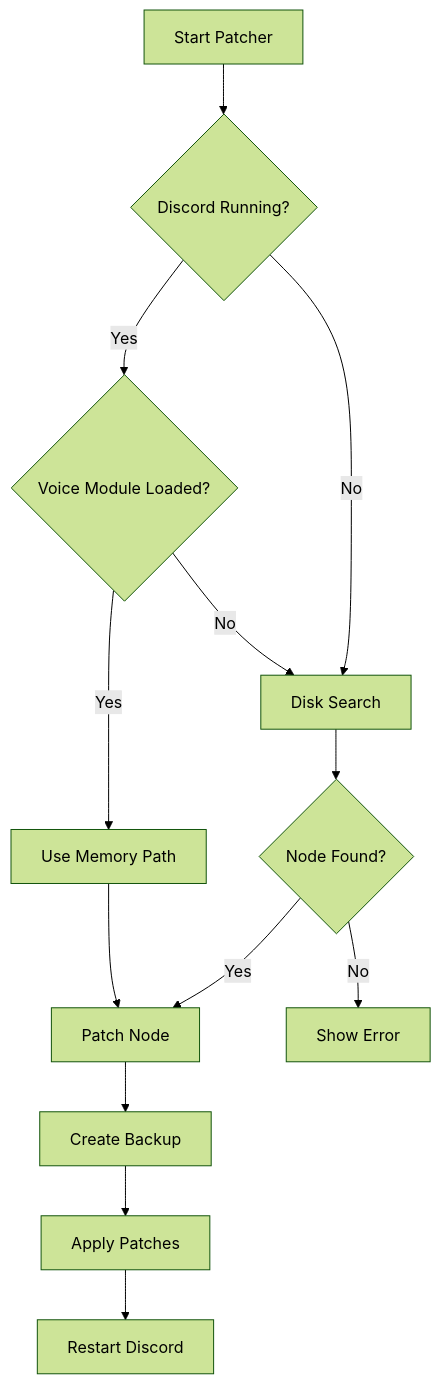
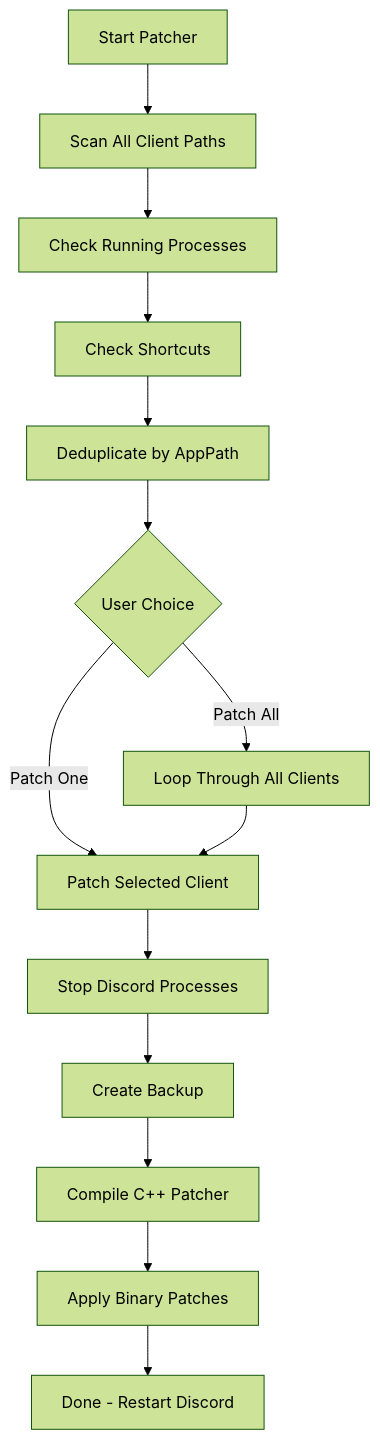
Before and after one commit to ProdHallow/Discord-Voice-Node-Patcher-For-Stereo: the diagram in README.md, drawn with Mermaid (forest theme). The commit also changed other lines of this file, not shown here.

````diff
--- a/README.md
+++ b/README.md
@@ -209,15 +249,16 @@
 ```mermaid
 graph TD
-    A[Start Patcher] --> B{Discord Running?}
-    B -->|Yes| C{Voice Module Loaded?}
-    B -->|No| D[Disk Search]
-    C -->|Yes| E[Use Memory Path]
-    C -->|No| D
-    D --> F{Node Found?}
-    F -->|Yes| G[Patch Node]
-    F -->|No| H[Show Error]
-    E --> G
-    G --> I[Create Backup]
-    I --> J[Apply Patches]
-    J --> K[Restart Discord]
+    A[Start Patcher] --> B[Scan All Client Paths]
+    B --> C[Check Running Processes]
+    C --> D[Check Shortcuts]
+    D --> E[Deduplicate by AppPath]
+    E --> F{User Choice}
+    F -->|Patch One| G[Patch Selected Client]
+    F -->|Patch All| H[Loop Through All Clients]
+    H --> G
+    G --> I[Stop Discord Processes]
+    I --> J[Create Backup]
+    J --> K[Compile C++ Patcher]
+    K --> L[Apply Binary Patches]
+    L --> M[Done - Restart Discord]
 ```
````
